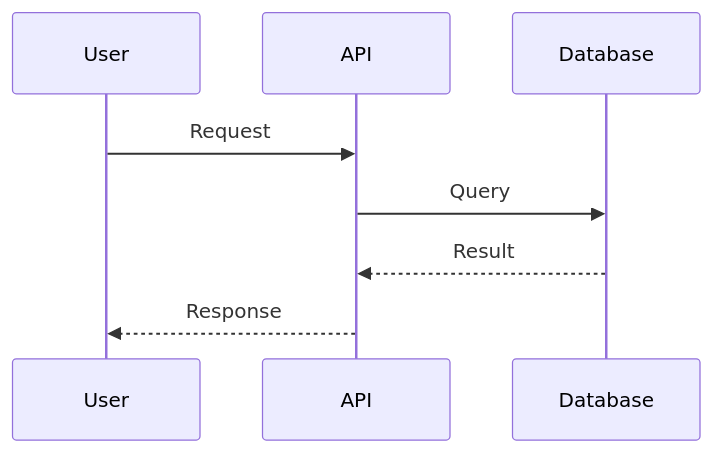
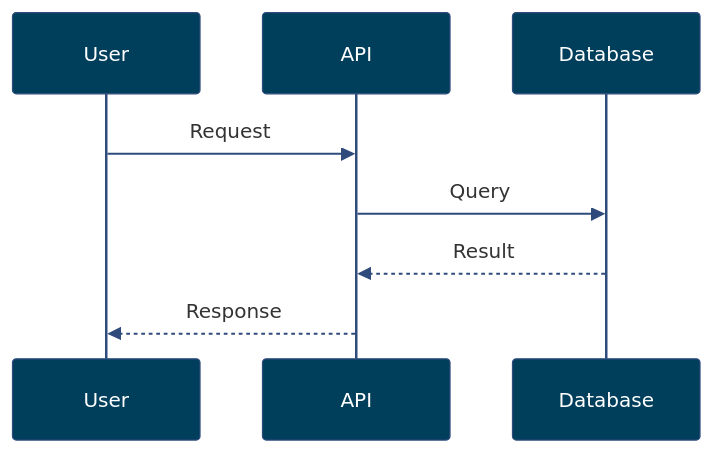
The third of 3 diagrams in .claude/commands/ship.md (plwp/chief-wiggum), drawn with Mermaid before and after one commit. The commit also changed other lines of this file and 1 other file, not shown here.

````diff
--- a/.claude/commands/ship.md
+++ b/.claude/commands/ship.md
@@ -56,10 +86,11 @@
 ```mermaid
+%%{init: {'theme': 'base', 'themeVariables': {'primaryColor': '#003f5c', 'primaryTextColor': '#fff', 'primaryBorderColor': '#2f4b7c', 'secondaryColor': '#665191', 'tertiaryColor': '#a05195', 'lineColor': '#2f4b7c', 'textColor': '#333', 'actorTextColor': '#fff', 'actorBkg': '#003f5c', 'actorBorder': '#2f4b7c', 'activationBorderColor': '#d45087', 'activationBkgColor': '#f95d6a', 'signalColor': '#2f4b7c'}}}%%
 sequenceDiagram
     participant U as User
     participant A as API
     participant D as Database
     U->>A: Request
     A->>D: Query
     D-->>A: Result
     A-->>U: Response
 ```
````
